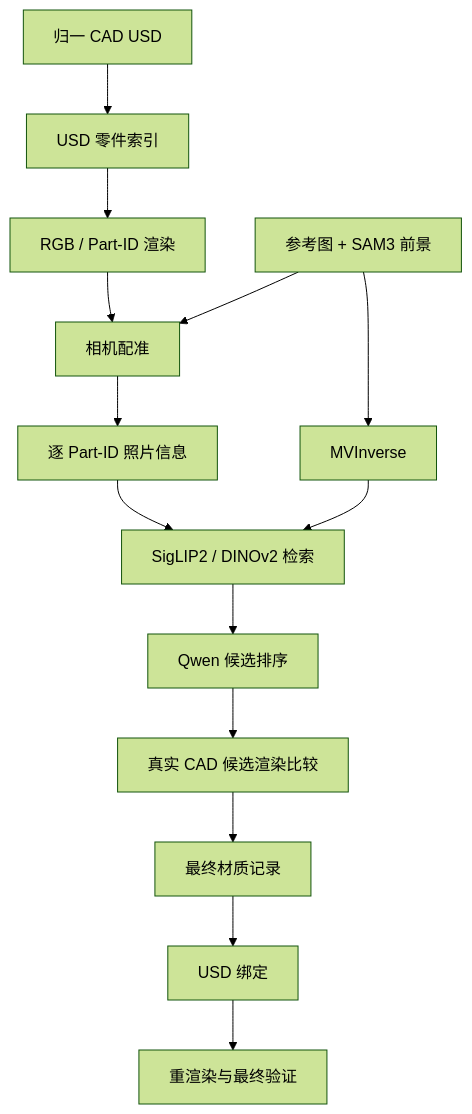
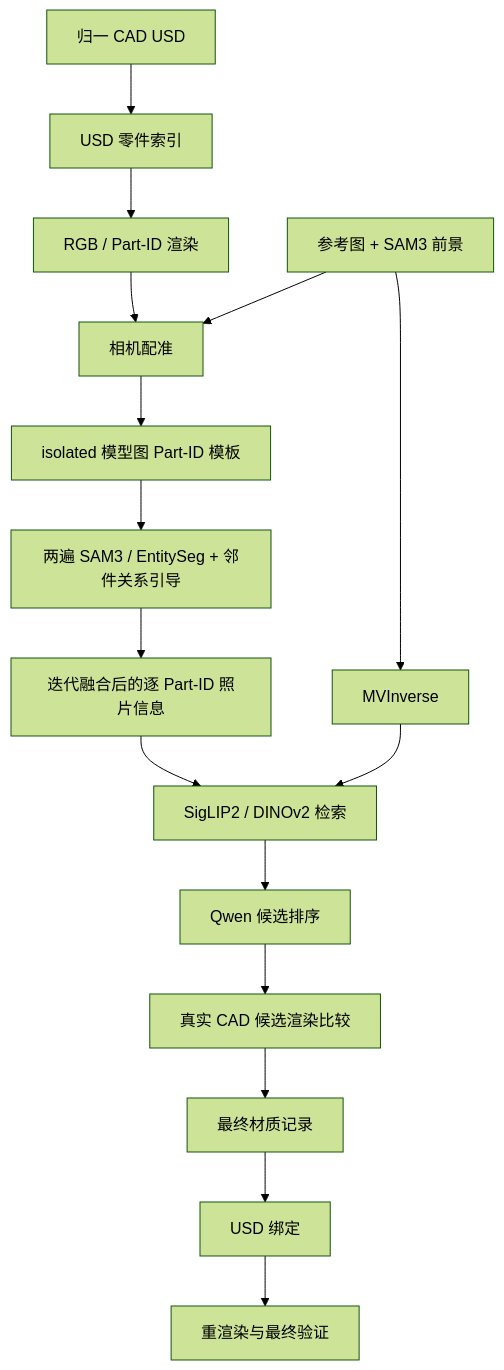
One commit to xia13111-coder/hunyuan_creation_pipeline changed the diagram in tools/qwen_material_pipeline/docs/architecture.zh.md. Above: the diagram before and after it, drawn with Mermaid (forest theme). The commit also changed other lines of this file and 34 other files, not shown here.

````diff
--- a/tools/qwen_material_pipeline/docs/architecture.zh.md
+++ b/tools/qwen_material_pipeline/docs/architecture.zh.md
@@ -76,16 +79,18 @@
 ```mermaid
 flowchart TD
     CAD[归一 CAD USD] --> REG[USD 零件索引]
     REG --> RENDER[RGB / Part-ID 渲染]
     PHOTO[参考图 + SAM3 前景] --> CAMERA[相机配准]
     RENDER --> CAMERA
-    CAMERA --> PART[逐 Part-ID 照片信息]
+    CAMERA --> TEMPLATE[isolated 模型图 Part-ID 模板]
+    TEMPLATE --> SEG[两遍 SAM3 / EntitySeg + 邻件关系引导]
+    SEG --> PART[迭代融合后的逐 Part-ID 照片信息]
     PHOTO --> MV[MVInverse]
     PART --> RETRIEVE[SigLIP2 / DINOv2 检索]
     MV --> RETRIEVE
     RETRIEVE --> QWEN[Qwen 候选排序]
     QWEN --> TOURNAMENT[真实 CAD 候选渲染比较]
     TOURNAMENT --> LOCK[最终材质记录]
     LOCK --> APPLY[USD 绑定]
     APPLY --> QA[重渲染与最终验证]
 ```
````
